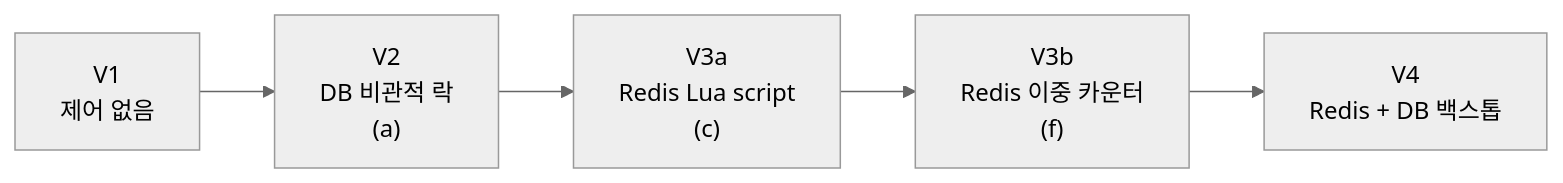
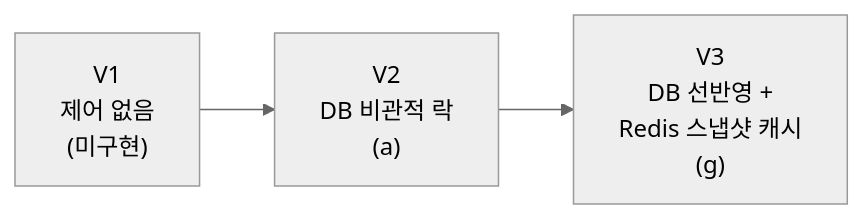
The first of 2 diagrams in README.md (Mealiver-IT/Mealiver-IT-BE), drawn with Mermaid (neutral theme) before and after one commit. The commit also changed other lines of this file and 14 other files, not shown here.

First line of the commit message:
docs: V1~V4 동시성 사다리를 V1~V3(DB 선반영+Redis 스냅샷 캐시)로 갱신

````diff
--- a/README.md
+++ b/README.md
@@ -157,4 +168,4 @@
 ```mermaid
 flowchart LR
-    V1["V1<br/>제어 없음"] --> V2["V2<br/>DB 비관적 락<br/>(a)"] --> V3a["V3a<br/>Redis Lua script<br/>(c)"] --> V3b["V3b<br/>Redis 이중 카운터<br/>(f)"] --> V4["V4<br/>Redis + DB 백스톱"]
+    V1["V1<br/>제어 없음<br/>(미구현)"] --> V2["V2<br/>DB 비관적 락<br/>(a)"] --> V3["V3<br/>DB 선반영 +<br/>Redis 스냅샷 캐시<br/>(g)"]
 ```
````
